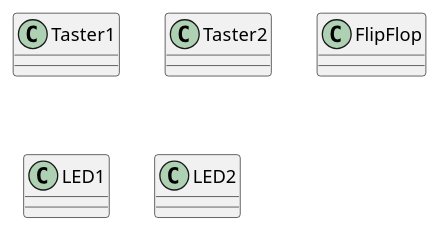
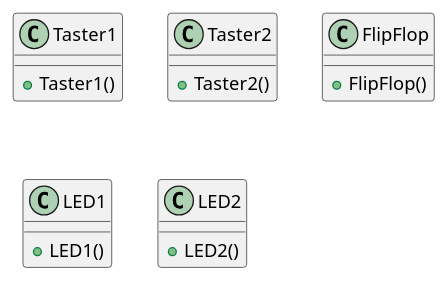
One commit to Ali8105/sew5_sem1 changed the diagram in src/Klassen_UML.puml. Above: the diagram before and after it, drawn with PlantUML.

Commit message:
Konstrukturen geadded

```diff
--- a/src/Klassen_UML.puml
+++ b/src/Klassen_UML.puml
@@ -1,9 +1,25 @@
 @startuml
 
-class Taster1
-class Taster2
-class FlipFlop
-class LED1
-class LED2
+class Taster1 {
+ + Taster1()
+}
+
+class Taster2{
+ + Taster2()
+}
+
+class FlipFlop{
+ + FlipFlop()
+}
+
+class LED1{
+ + LED1()
+}
+
+class LED2{
+ + LED2()
+}
+
+
 
 @enduml
```
